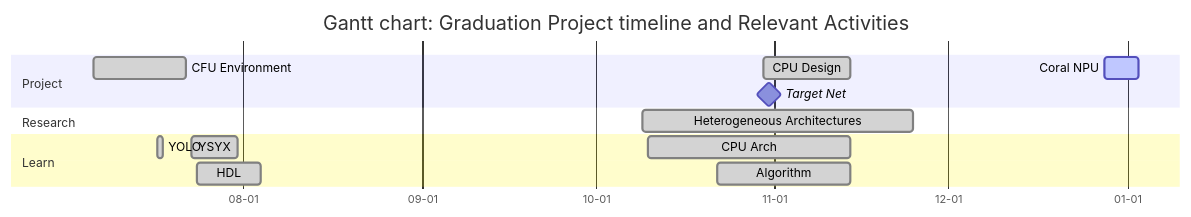
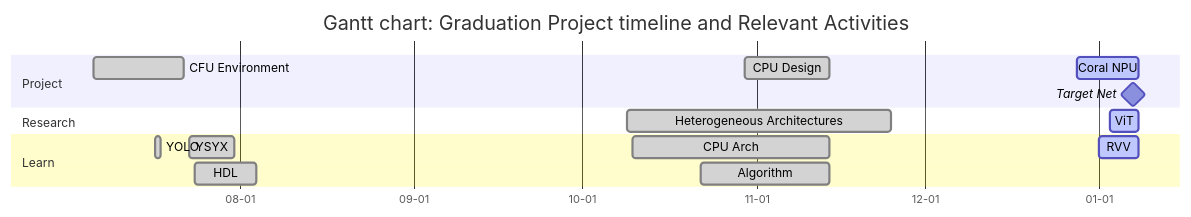
One commit to Marcobisky/Marcobisky.github.io changed the first of 3 diagrams in tinyml/index.qmd. Above: the diagram before and after it, drawn with Mermaid. The commit also changed other lines of this file and 2 other files, not shown here.

Commit message:
Update logs

````diff
--- a/tinyml/index.qmd
+++ b/tinyml/index.qmd
@@ -48,32 +48,34 @@
 ```{mermaid}
 ---
 displayMode: compact
 ---
 %%| label: fig-graduation-timeline
 %%| fig-cap: "Gantt Chart"
 %%| fig-width: 10
 %%| fig-height: 6
 
 gantt
     title Gantt chart: Graduation Project timeline and Relevant Activities
     dateFormat  YYYY-MM-DD
     axisFormat  %m-%d
     tickInterval 14d
 
     section Project
         CFU Environment :done, 2025-07-06, 2025-07-22
-        Target Net :milestone, 2025-10-31, 0d
         CPU Design :done, 2025-10-30, 2025-11-14
-        Coral NPU :active, 2025-12-28, 2026-01-03
+        Coral NPU :active, 2025-12-28, 2026-01-08
+        Target Net :milestone, 2026-01-07, 0d
 
     section Research
         Heterogeneous Architectures :done, 2025-10-09, 2025-11-25
+        ViT :active, 2026-01-03, 2026-01-08
 
     section Learn
         YSYX :done, 2025-07-23, 2025-07-31
         HDL :done, 2025-07-24, 2025-08-04
         YOLO :done, 2025-07-17, 1d
         CPU Arch :done, 2025-10-10, 2025-11-14
         Algorithm :done, 2025-10-22, 2025-11-14
+        RVV :active, 2026-01-01, 2026-01-08
 
 ```
````
